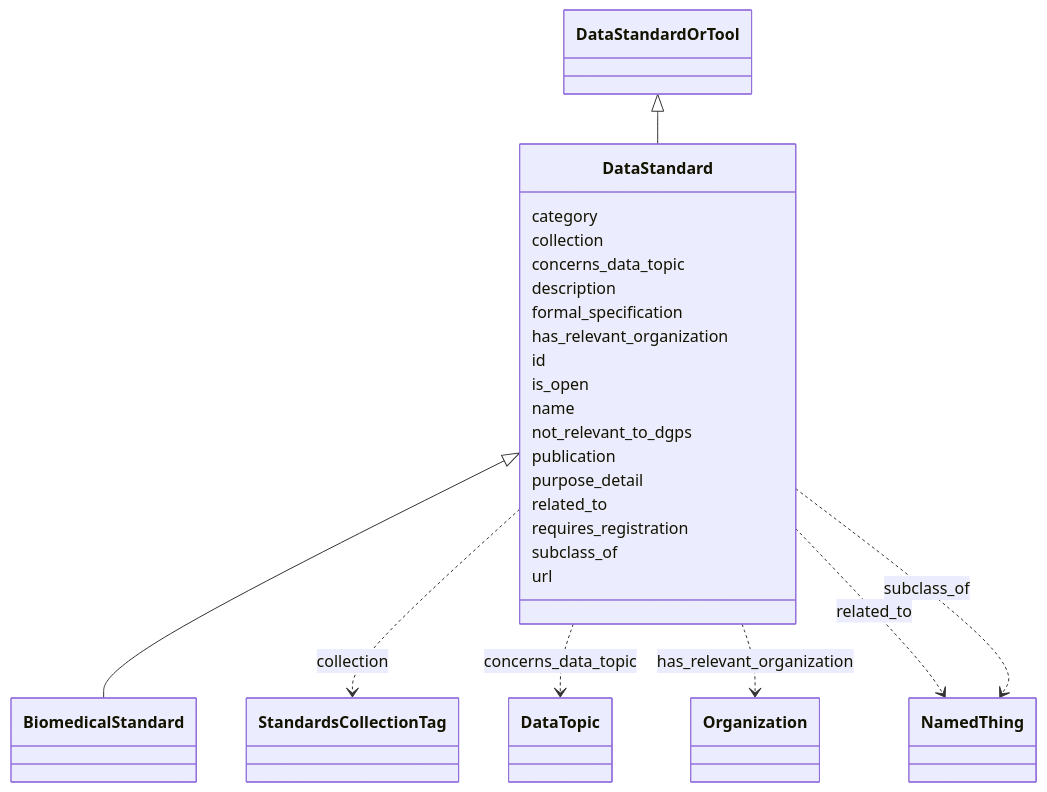
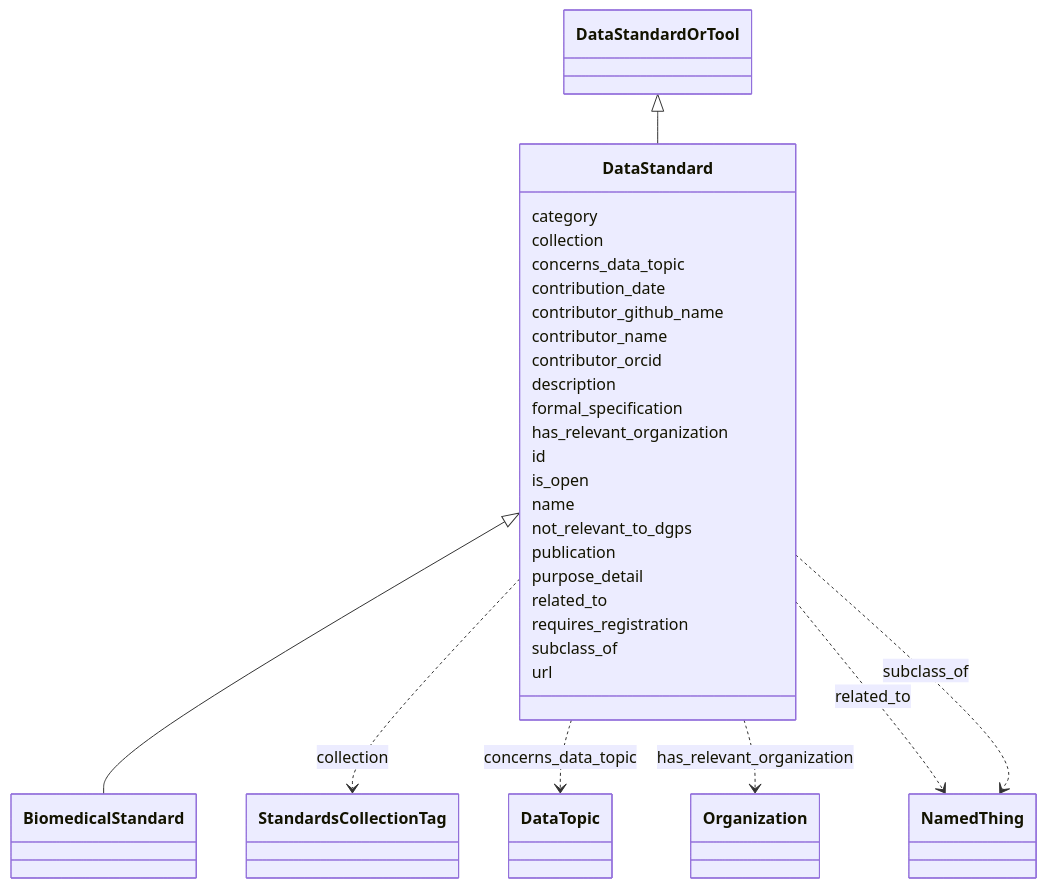
The diagram in docs/DataStandard.md (bridge2ai/standards-schemas), drawn with Mermaid before and after one commit. The commit also changed other lines of this file and 51 other files, not shown here.

````diff
--- a/docs/DataStandard.md
+++ b/docs/DataStandard.md
@@ -11,53 +11,61 @@
 ```mermaid
  classDiagram
     class DataStandard
       DataStandardOrTool <|-- DataStandard
       
 
       DataStandard <|-- BiomedicalStandard
       
       
       DataStandard : category
         
       DataStandard : collection
         
           DataStandard ..> StandardsCollectionTag : collection
         
       DataStandard : concerns_data_topic
         
           DataStandard ..> DataTopic : concerns_data_topic
+        
+      DataStandard : contribution_date
+        
+      DataStandard : contributor_github_name
+        
+      DataStandard : contributor_name
+        
+      DataStandard : contributor_orcid
         
       DataStandard : description
         
       DataStandard : formal_specification
         
       DataStandard : has_relevant_organization
         
           DataStandard ..> Organization : has_relevant_organization
         
       DataStandard : id
         
       DataStandard : is_open
         
       DataStandard : name
         
       DataStandard : not_relevant_to_dgps
         
       DataStandard : publication
         
       DataStandard : purpose_detail
         
       DataStandard : related_to
         
           DataStandard ..> NamedThing : related_to
         
       DataStandard : requires_registration
         
       DataStandard : subclass_of
         
           DataStandard ..> NamedThing : subclass_of
         
       DataStandard : url
         
       
 ```
````
